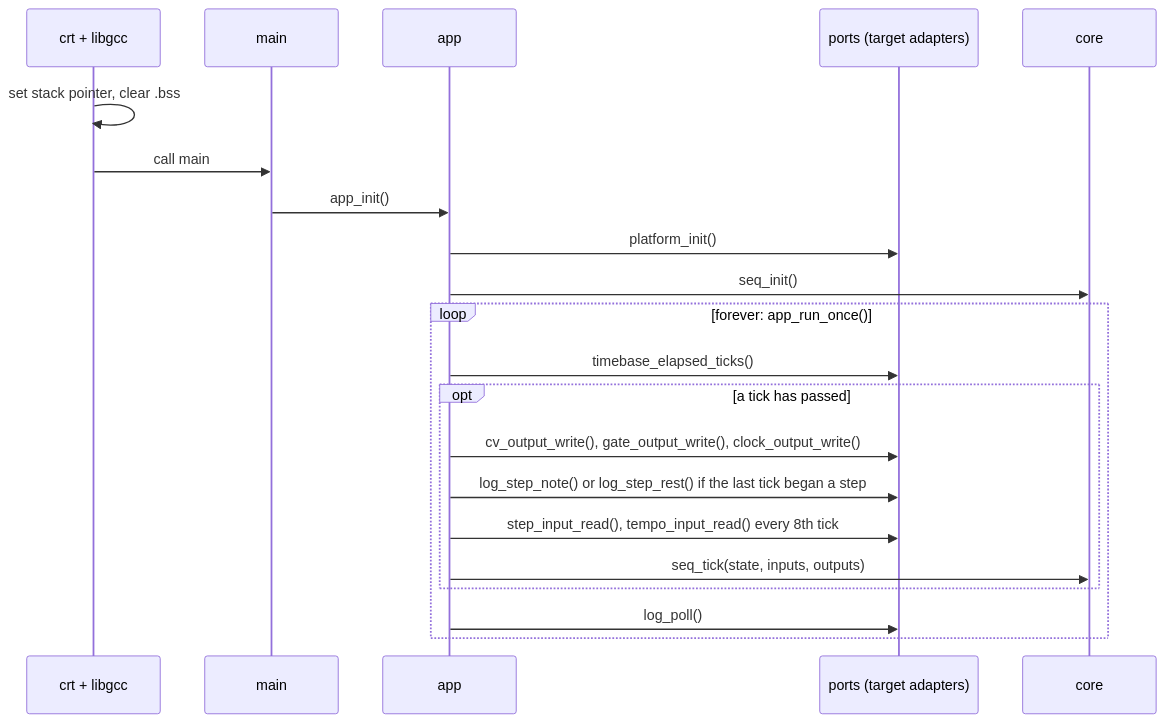
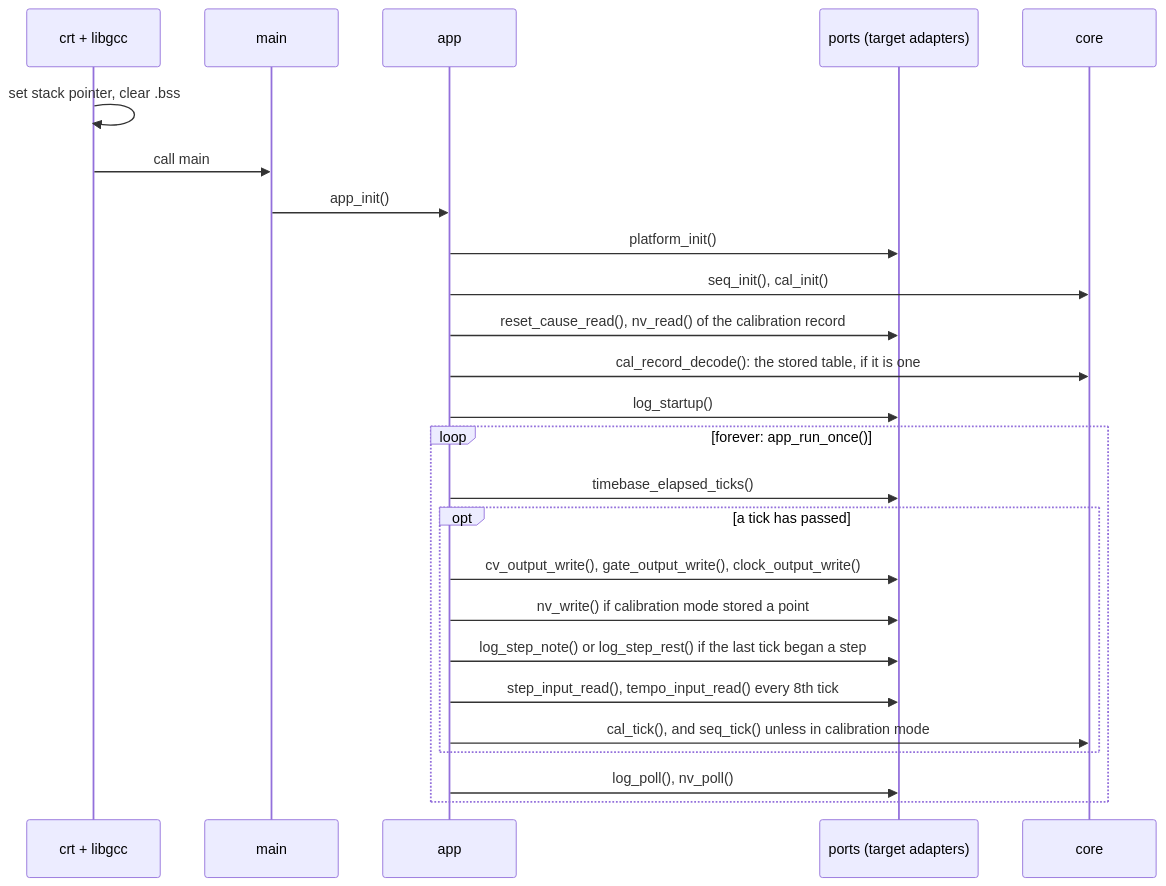
The third of 23 diagrams in docs/ARCHITECTURE.md (BonelessPig/nano_sequencer), drawn with Mermaid before and after one commit. The commit also changed other lines of this file and 39 other files, not shown here.

First line of the commit message:
Phase 5: calibration mode and a stored calibration

````diff
--- a/docs/ARCHITECTURE.md
+++ b/docs/ARCHITECTURE.md
@@ -135,23 +146,27 @@
 ```mermaid
 sequenceDiagram
     participant CRT as crt + libgcc
     participant M as main
     participant A as app
     participant P as ports (target adapters)
     participant C as core
     CRT->>CRT: set stack pointer, clear .bss
     CRT->>M: call main
     M->>A: app_init()
     A->>P: platform_init()
-    A->>C: seq_init()
+    A->>C: seq_init(), cal_init()
+    A->>P: reset_cause_read(), nv_read() of the calibration record
+    A->>C: cal_record_decode(): the stored table, if it is one
+    A->>P: log_startup()
     loop forever: app_run_once()
         A->>P: timebase_elapsed_ticks()
         opt a tick has passed
             A->>P: cv_output_write(), gate_output_write(), clock_output_write()
+            A->>P: nv_write() if calibration mode stored a point
             A->>P: log_step_note() or log_step_rest() if the last tick began a step
             A->>P: step_input_read(), tempo_input_read() every 8th tick
-            A->>C: seq_tick(state, inputs, outputs)
+            A->>C: cal_tick(), and seq_tick() unless in calibration mode
         end
-        A->>P: log_poll()
+        A->>P: log_poll(), nv_poll()
     end
 ```
````
